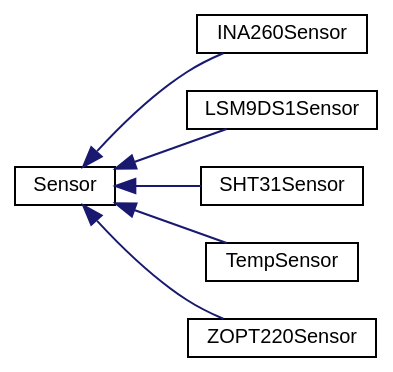
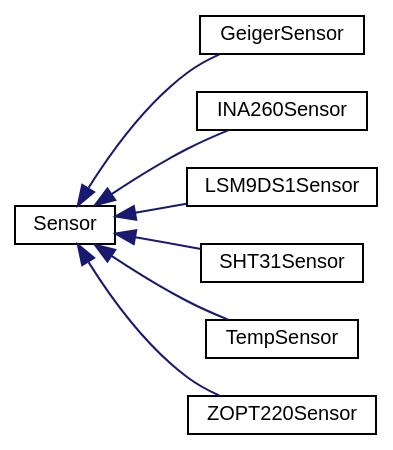
Before and after one commit to ASU-ASCEND/Fall-2024: the diagram in docs/inherit_graph_0.dot, drawn with Graphviz. The commit also changed 78 other files, not shown here.

```diff
--- a/docs/inherit_graph_0.dot
+++ b/docs/inherit_graph_0.dot
@@ -1,20 +1,22 @@
 digraph "Graphical Class Hierarchy"
 {
  // INTERACTIVE_SVG=YES
  // LATEX_PDF_SIZE
   bgcolor="transparent";
   edge [fontname="Helvetica",fontsize="10",labelfontname="Helvetica",labelfontsize="10"];
   node [fontname="Helvetica",fontsize="10",shape=record];
   rankdir="LR";
   Node0 [label="Sensor",height=0.2,width=0.4,color="black",URL="$classSensor.html",tooltip="Parent class for sensor objects."];
   Node0 -> Node1 [dir="back",color="midnightblue",fontsize="10",style="solid",fontname="Helvetica"];
-  Node1 [label="INA260Sensor",height=0.2,width=0.4,color="black",URL="$classINA260Sensor.html",tooltip="A class to interface with the Adafruit INA260 sensor for current, voltage, and power measurements."];
+  Node1 [label="GeigerSensor",height=0.2,width=0.4,color="black",URL="$classGeigerSensor.html",tooltip="A class for interfacing with a Geiger counter sensor."];
   Node0 -> Node2 [dir="back",color="midnightblue",fontsize="10",style="solid",fontname="Helvetica"];
-  Node2 [label="LSM9DS1Sensor",height=0.2,width=0.4,color="black",URL="$classLSM9DS1Sensor.html",tooltip=" "];
+  Node2 [label="INA260Sensor",height=0.2,width=0.4,color="black",URL="$classINA260Sensor.html",tooltip="A class to interface with the Adafruit INA260 sensor for current, voltage, and power measurements."];
   Node0 -> Node3 [dir="back",color="midnightblue",fontsize="10",style="solid",fontname="Helvetica"];
-  Node3 [label="SHT31Sensor",height=0.2,width=0.4,color="black",URL="$classSHT31Sensor.html",tooltip="Interfaces with SHT31 Sensor to collect temperature and humidity data."];
+  Node3 [label="LSM9DS1Sensor",height=0.2,width=0.4,color="black",URL="$classLSM9DS1Sensor.html",tooltip=" "];
   Node0 -> Node4 [dir="back",color="midnightblue",fontsize="10",style="solid",fontname="Helvetica"];
-  Node4 [label="TempSensor",height=0.2,width=0.4,color="black",URL="$classTempSensor.html",tooltip="Implementation of a Sensor for the onboard temperature sensor."];
+  Node4 [label="SHT31Sensor",height=0.2,width=0.4,color="black",URL="$classSHT31Sensor.html",tooltip="Interfaces with SHT31 Sensor to collect temperature and humidity data."];
   Node0 -> Node5 [dir="back",color="midnightblue",fontsize="10",style="solid",fontname="Helvetica"];
-  Node5 [label="ZOPT220Sensor",height=0.2,width=0.4,color="black",URL="$classZOPT220Sensor.html",tooltip="A class to interface with the ZOPT220x UV and ambient light sensor."];
+  Node5 [label="TempSensor",height=0.2,width=0.4,color="black",URL="$classTempSensor.html",tooltip="Implementation of a Sensor for the onboard temperature sensor."];
+  Node0 -> Node6 [dir="back",color="midnightblue",fontsize="10",style="solid",fontname="Helvetica"];
+  Node6 [label="ZOPT220Sensor",height=0.2,width=0.4,color="black",URL="$classZOPT220Sensor.html",tooltip="A class to interface with the ZOPT220x UV and ambient light sensor."];
 }
```
